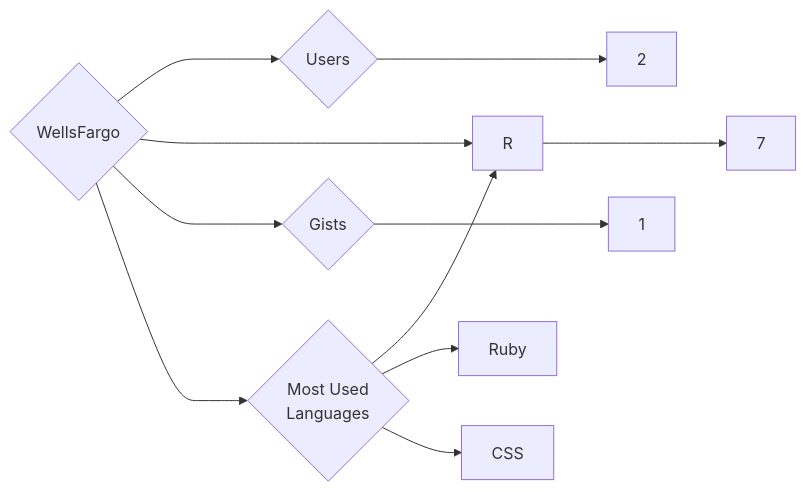
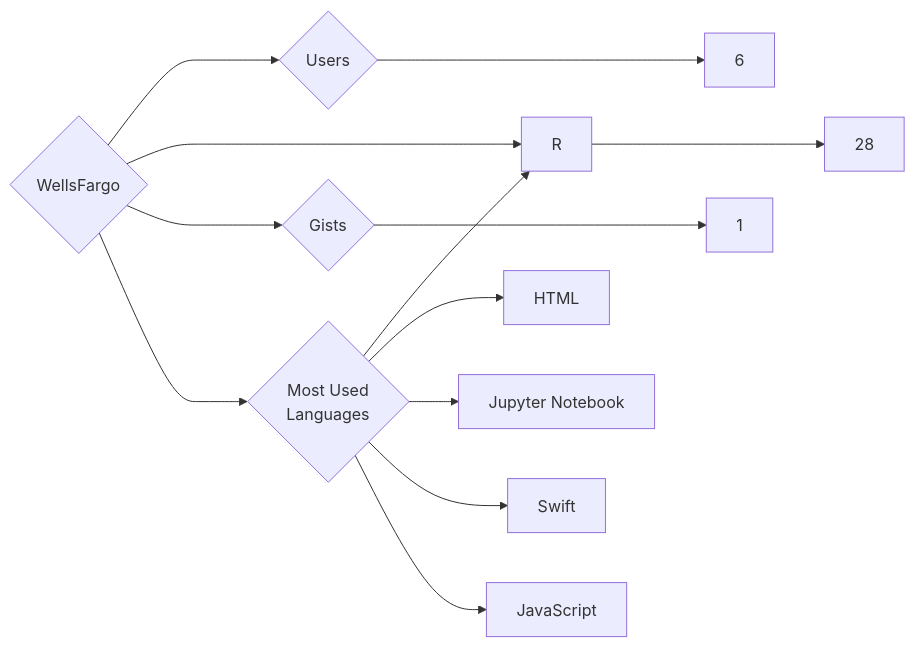
One commit to trickest/insiders changed the diagram in targets/WellsFargo/README.md. Above: the diagram before and after it, drawn with Mermaid. The commit also changed 796 other files, not shown here.

````diff
--- a/targets/WellsFargo/README.md
+++ b/targets/WellsFargo/README.md
@@ -3,11 +3,13 @@
 ```mermaid
 graph LR
 COMPANY_NAME{WellsFargo}
-COMPANY_NAME ---> U{Users} ---> UN[2]
-COMPANY_NAME ---> R{Repositories} ---> RN[7]
+COMPANY_NAME ---> U{Users} ---> UN[6]
+COMPANY_NAME ---> R{Repositories} ---> RN[28]
 COMPANY_NAME ---> G{Gists} ---> GN[1]
 COMPANY_NAME ---> ML{Most Used<br>Languages}
 ML --> R[R]
-ML --> Ruby[Ruby]
-ML --> CSS[CSS]
+ML --> HTML[HTML]
+ML --> Jupyter_Notebook[Jupyter Notebook]
+ML --> Swift[Swift]
+ML --> JavaScript[JavaScript]
 ```
````
